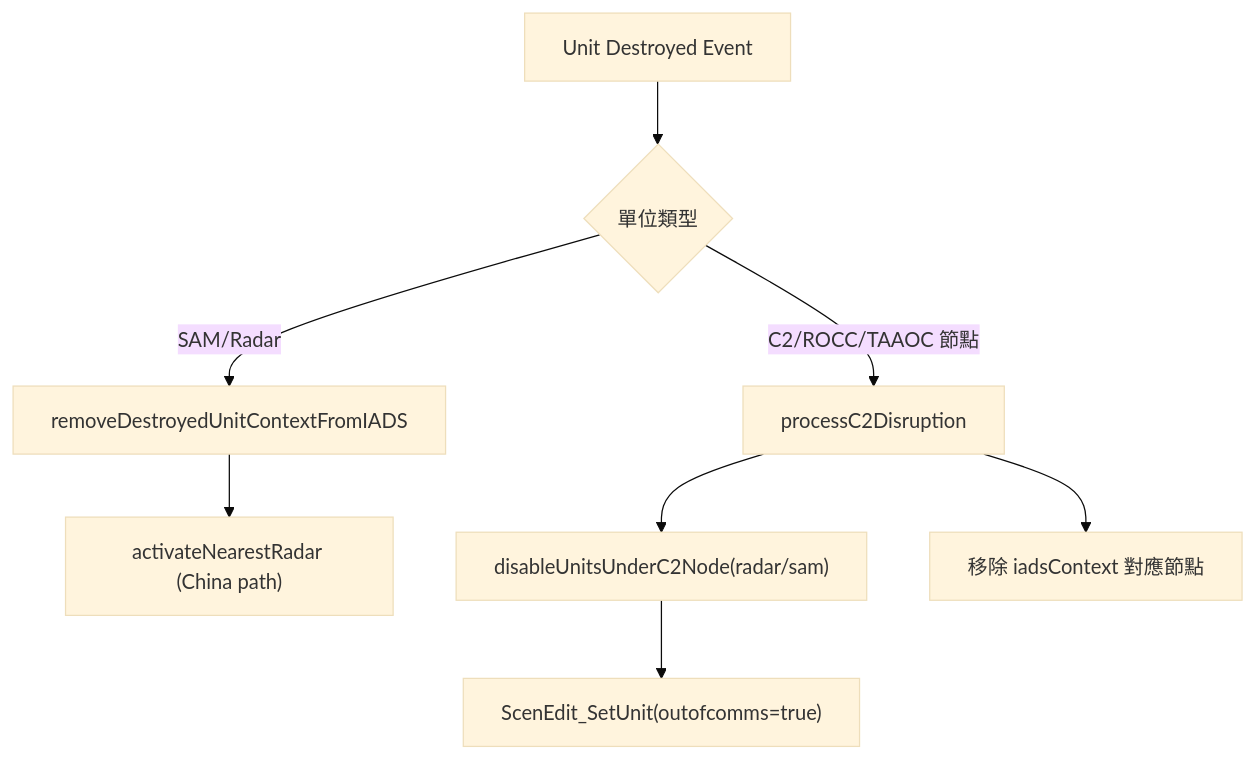
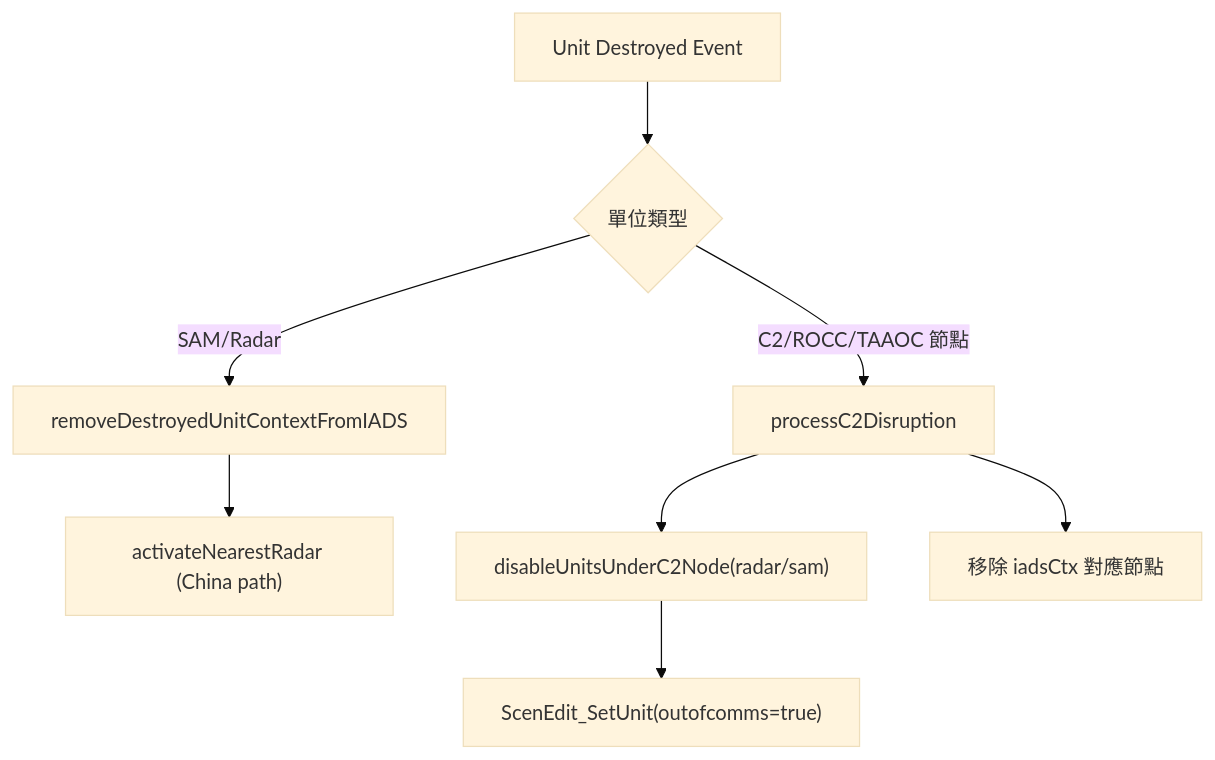
One commit to pullupjumper/formosa-in-flames changed the diagram in docs/integratedAirDefenseSystem.md. Above: the diagram before and after it, drawn with Mermaid (base theme). The commit also changed other lines of this file and 63 other files, not shown here.

````diff
--- a/docs/integratedAirDefenseSystem.md
+++ b/docs/integratedAirDefenseSystem.md
@@ -33,11 +33,11 @@
 ```mermaid
 flowchart TD
     A["Unit Destroyed Event"] --> B{單位類型}
     B -->|C2/ROCC/TAAOC 節點| C["processC2Disruption"]
     B -->|SAM/Radar| D["removeDestroyedUnitContextFromIADS"]
     D --> E["activateNearestRadar (China path)"]
 
     C --> C1["disableUnitsUnderC2Node(radar/sam)"]
     C1 --> C2["ScenEdit_SetUnit(outofcomms=true)"]
-    C --> C3["移除 iadsContext 對應節點"]
+    C --> C3["移除 iadsCtx 對應節點"]
 ```
````
